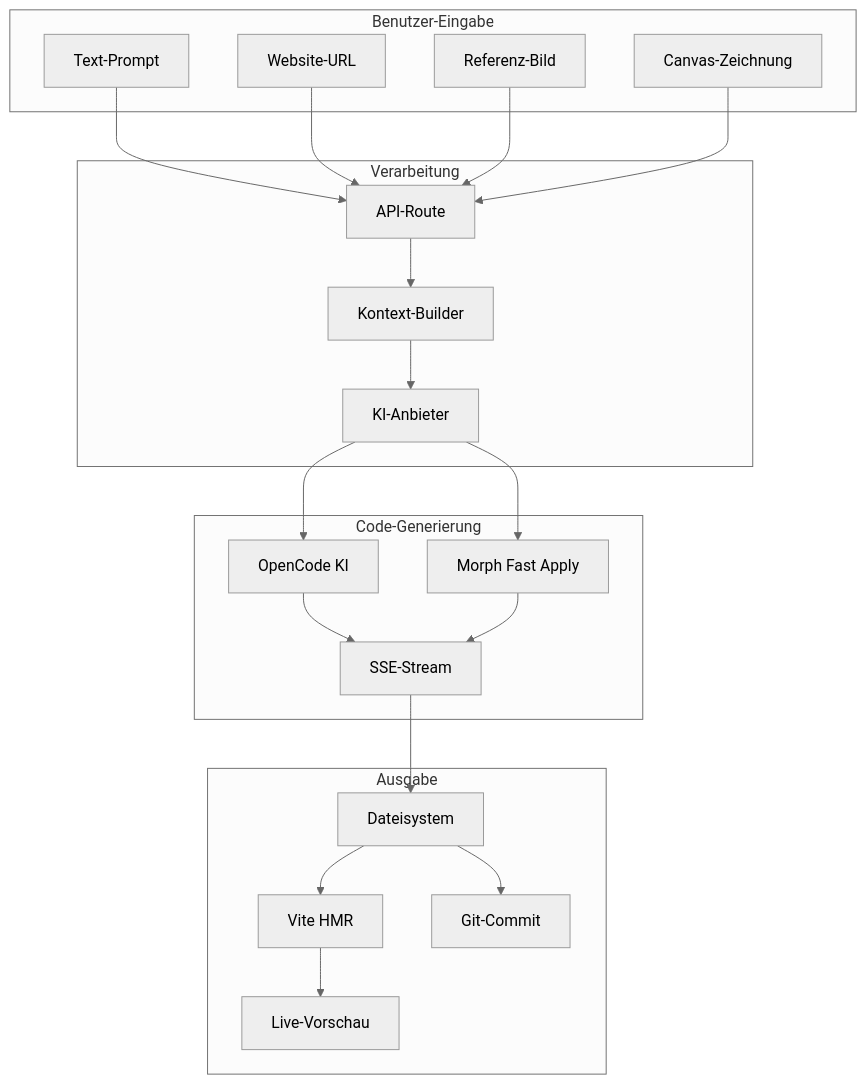
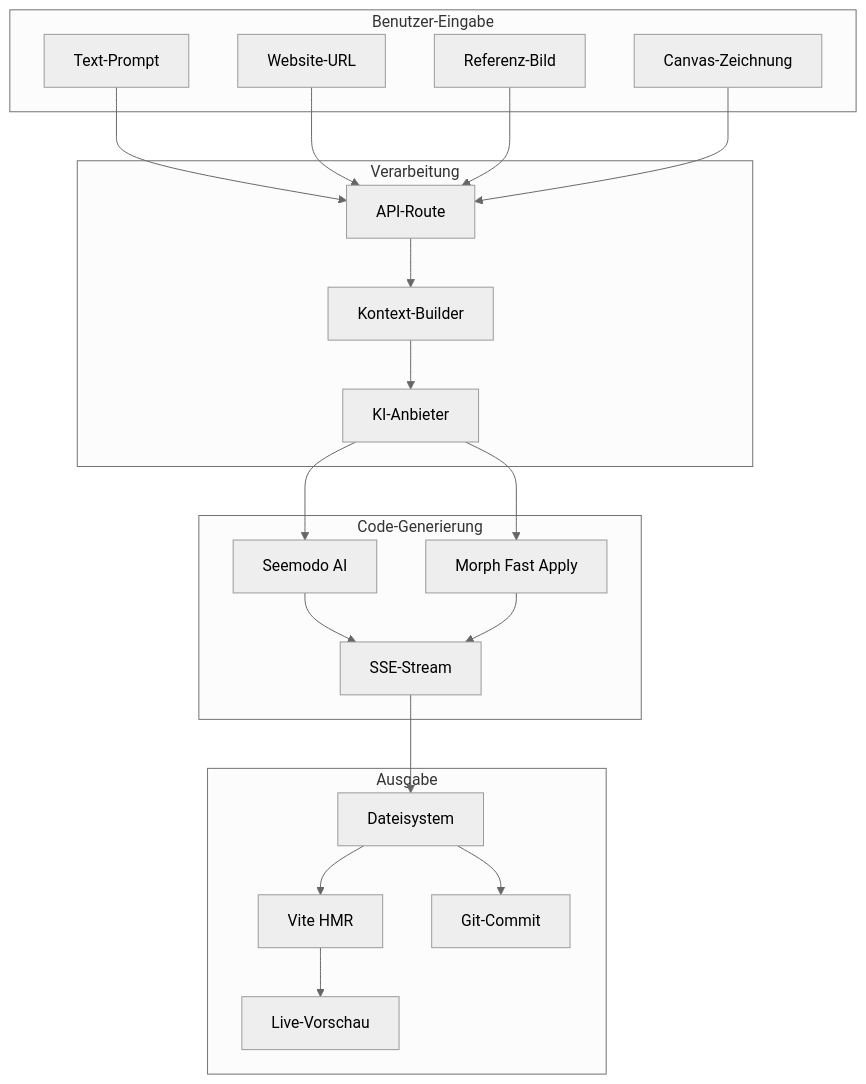
Before and after one commit to Seemodo/docs: the seventh of 7 diagrams in de/seemodo/architecture.mdx, drawn with Mermaid (neutral theme). The commit also changed other lines of this file and 23 other files, not shown here.

Commit message:
Update documentation to replace all instances of "OpenCode" with "Seemodo AI" across multiple files, including AGENTS.md, README.md, and various API reference documents, ensuring consistency with the new branding.

````diff
--- a/de/seemodo/architecture.mdx
+++ b/de/seemodo/architecture.mdx
@@ -268,43 +268,43 @@
 ```mermaid
 flowchart TB
     subgraph UserInput["Benutzer-Eingabe"]
         Prompt["Text-Prompt"]
         URL["Website-URL"]
         Image["Referenz-Bild"]
         Canvas["Canvas-Zeichnung"]
     end
 
     subgraph Processing["Verarbeitung"]
         API["API-Route"]
         Context["Kontext-Builder"]
         AIProvider["KI-Anbieter"]
     end
 
     subgraph Generation["Code-Generierung"]
-        OpenCode["OpenCode KI"]
+        SeemodAI["Seemodo AI"]
         Morph["Morph Fast Apply"]
         Stream["SSE-Stream"]
     end
 
     subgraph Output["Ausgabe"]
         Files["Dateisystem"]
         Vite["Vite HMR"]
         Preview["Live-Vorschau"]
         Git["Git-Commit"]
     end
 
     Prompt --> API
     URL --> API
     Image --> API
     Canvas --> API
     API --> Context
     Context --> AIProvider
-    AIProvider --> OpenCode
+    AIProvider --> SeemodAI
     AIProvider --> Morph
-    OpenCode --> Stream
+    SeemodAI --> Stream
     Morph --> Stream
     Stream --> Files
     Files --> Vite
     Vite --> Preview
     Files --> Git
 ```
````
